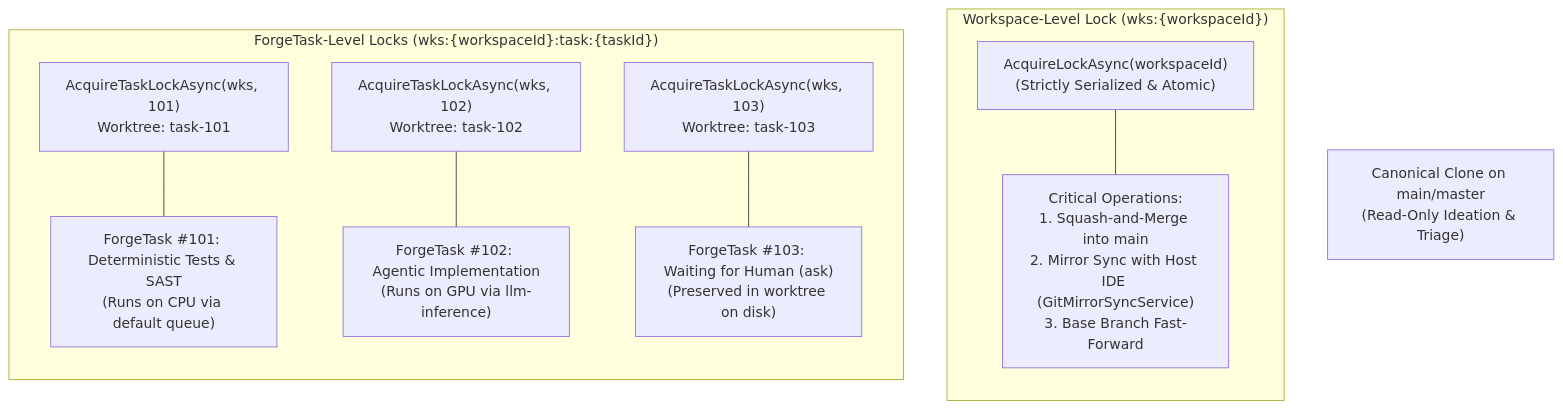
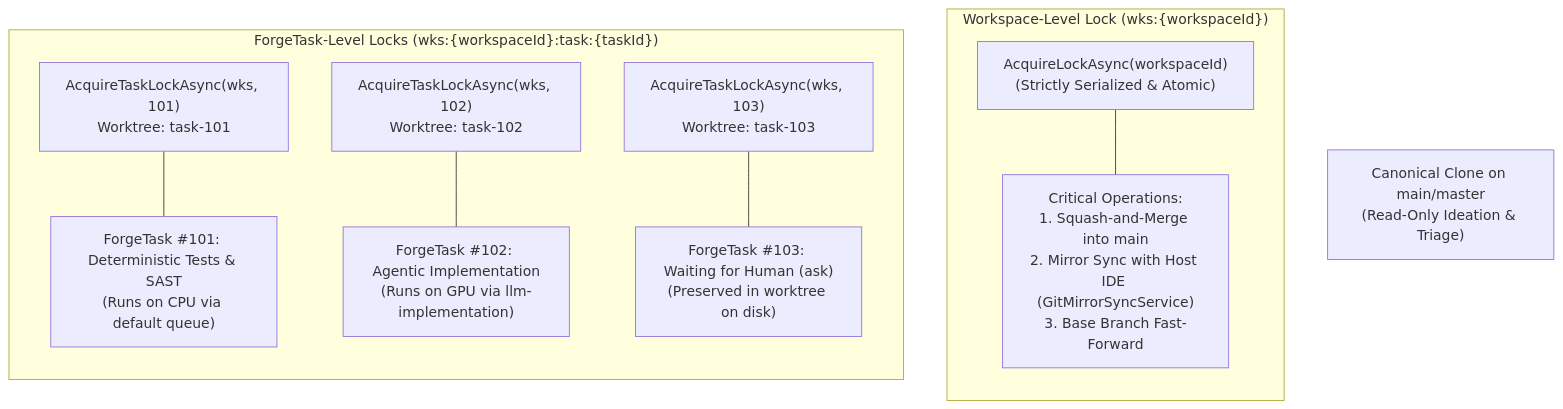
Before and after one commit to jetelain/NightCodeForge: diagram 15 of 27 in docs/ARCHITECTURE.md, drawn with Mermaid. The commit also changed other lines of this file, not shown here.

````diff
--- a/docs/ARCHITECTURE.md
+++ b/docs/ARCHITECTURE.md
@@ -819,26 +1119,26 @@
 ```mermaid
 flowchart TD
     subgraph WksLevel ["Workspace-Level Lock (wks:{workspaceId})"]
         direction TB
         WksLock["AcquireLockAsync(workspaceId)\n(Strictly Serialized & Atomic)"]
         WksOps["Critical Operations:\n1. Squash-and-Merge into main\n2. Mirror Sync with Host IDE (GitMirrorSyncService)\n3. Base Branch Fast-Forward"]
         WksLock --- WksOps
     end
 
     subgraph TaskLevel ["ForgeTask-Level Locks (wks:{workspaceId}:task:{taskId})"]
         direction TB
         Task1Lock["AcquireTaskLockAsync(wks, 101)\nWorktree: task-101"]
         Task2Lock["AcquireTaskLockAsync(wks, 102)\nWorktree: task-102"]
         Task3Lock["AcquireTaskLockAsync(wks, 103)\nWorktree: task-103"]
 
         Task1Task["ForgeTask #101: Deterministic Tests & SAST\n(Runs on CPU via default queue)"]
-        Task2Task["ForgeTask #102: Agentic Implementation\n(Runs on GPU via llm-inference)"]
+        Task2Task["ForgeTask #102: Agentic Implementation\n(Runs on GPU via llm-implementation)"]
         Task3Task["ForgeTask #103: Waiting for Human (ask)\n(Preserved in worktree on disk)"]
 
         Task1Lock --- Task1Task
         Task2Lock --- Task2Task
         Task3Lock --- Task3Task
     end
 
     Canonical["Canonical Clone on main/master\n(Read-Only Ideation & Triage)"]
 ```
````
